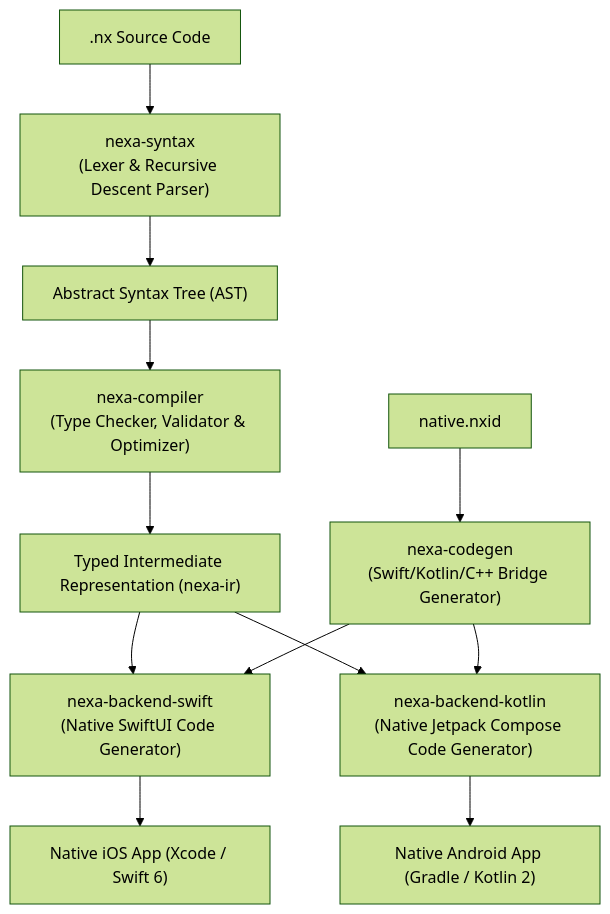
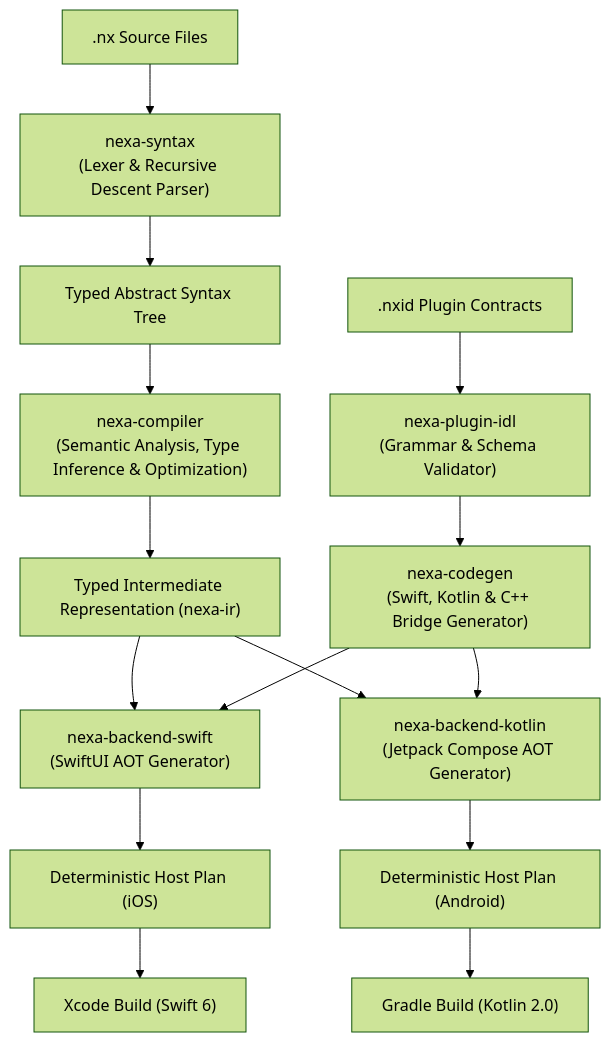
One commit to pigeonmal/nexa changed the first of 2 diagrams in docs/architecture.md. Above: the diagram before and after it, drawn with Mermaid (forest theme). The commit also changed other lines of this file and 12 other files, not shown here.

````diff
--- a/docs/architecture.md
+++ b/docs/architecture.md
@@ -9,17 +24,23 @@
 ```mermaid
 graph TD
-    NX[".nx Source Code"] --> LexerParser["nexa-syntax\n(Lexer & Recursive Descent Parser)"]
-    LexerParser --> AST["Abstract Syntax Tree (AST)"]
-    AST --> SemanticCompiler["nexa-compiler\n(Type Checker, Validator & Optimizer)"]
-    SemanticCompiler --> IR["Typed Intermediate Representation (nexa-ir)"]
+    NX[".nx Source Files"] --> Syntax["nexa-syntax\n(Lexer & Recursive Descent Parser)"]
+    Syntax --> AST["Typed Abstract Syntax Tree"]
     
-    IR --> SwiftBackend["nexa-backend-swift\n(Native SwiftUI Code Generator)"]
-    IR --> KotlinBackend["nexa-backend-kotlin\n(Native Jetpack Compose Code Generator)"]
+    AST --> Compiler["nexa-compiler\n(Semantic Analysis, Type Inference & Optimization)"]
+    Compiler --> IR["Typed Intermediate Representation (nexa-ir)"]
     
-    PluginIDL["native.nxid"] --> Codegen["nexa-codegen\n(Swift/Kotlin/C++ Bridge Generator)"]
+    IDL[".nxid Plugin Contracts"] --> PluginIDL["nexa-plugin-idl\n(Grammar & Schema Validator)"]
+    PluginIDL --> Codegen["nexa-codegen\n(Swift, Kotlin & C++ Bridge Generator)"]
+    
+    IR --> SwiftBackend["nexa-backend-swift\n(SwiftUI AOT Generator)"]
+    IR --> KotlinBackend["nexa-backend-kotlin\n(Jetpack Compose AOT Generator)"]
+    
     Codegen --> SwiftBackend
     Codegen --> KotlinBackend
     
-    SwiftBackend --> XcodeBuild["Native iOS App (Xcode / Swift 6)"]
-    KotlinBackend --> GradleBuild["Native Android App (Gradle / Kotlin 2)"]
+    SwiftBackend --> XcodePlan["Deterministic Host Plan (iOS)"]
+    KotlinBackend --> GradlePlan["Deterministic Host Plan (Android)"]
+    
+    XcodePlan --> Xcode["Xcode Build (Swift 6)"]
+    GradlePlan --> Gradle["Gradle Build (Kotlin 2.0)"]
 ```
````
